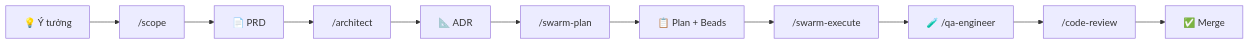
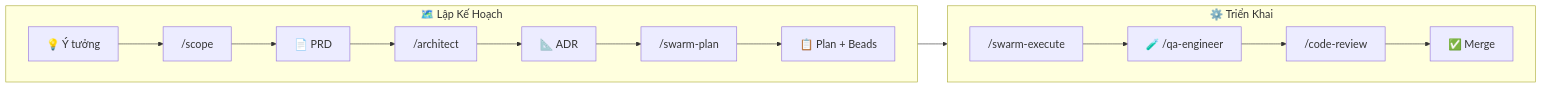
The diagram in docs/flow-scope-to-implement-vi.md (nguyenhuuca/assessment), drawn with Mermaid before and after one commit. The commit also changed 1 other file, not shown here.

Commit message:
docs: enlarge flow diagram with subgraphs and larger font size
- Split into Planning and Execution subgraphs for better readability
- Increase font size to 18px via mermaid init config
- Apply to both EN and VI versions

````diff
--- a/docs/flow-scope-to-implement-vi.md
+++ b/docs/flow-scope-to-implement-vi.md
@@ -9,13 +9,22 @@
 ```mermaid
-graph LR
-    A["💡 Ý tưởng"] --> B["/scope"]
-    B --> C["📄 PRD"]
-    C --> D["/architect"]
-    D --> E["📐 ADR"]
-    E --> F["/swarm-plan"]
-    F --> G["📋 Plan + Beads"]
-    G --> H["/swarm-execute"]
-    H --> I["🧪 /qa-engineer"]
-    I --> J["/code-review"]
-    J --> K["✅ Merge"]
+%%{init: {'theme': 'default', 'themeVariables': {'fontSize': '18px'}}}%%
+flowchart LR
+    subgraph plan ["🗺️ Lập Kế Hoạch"]
+        direction LR
+        A["💡 Ý tưởng"] --> B["/scope"]
+        B --> C["📄 PRD"]
+        C --> D["/architect"]
+        D --> E["📐 ADR"]
+        E --> F["/swarm-plan"]
+        F --> G["📋 Plan + Beads"]
+    end
+
+    subgraph exec ["⚙️ Triển Khai"]
+        direction LR
+        H["/swarm-execute"] --> I["🧪 /qa-engineer"]
+        I --> J["/code-review"]
+        J --> K["✅ Merge"]
+    end
+
+    G --> H
 ```
````
